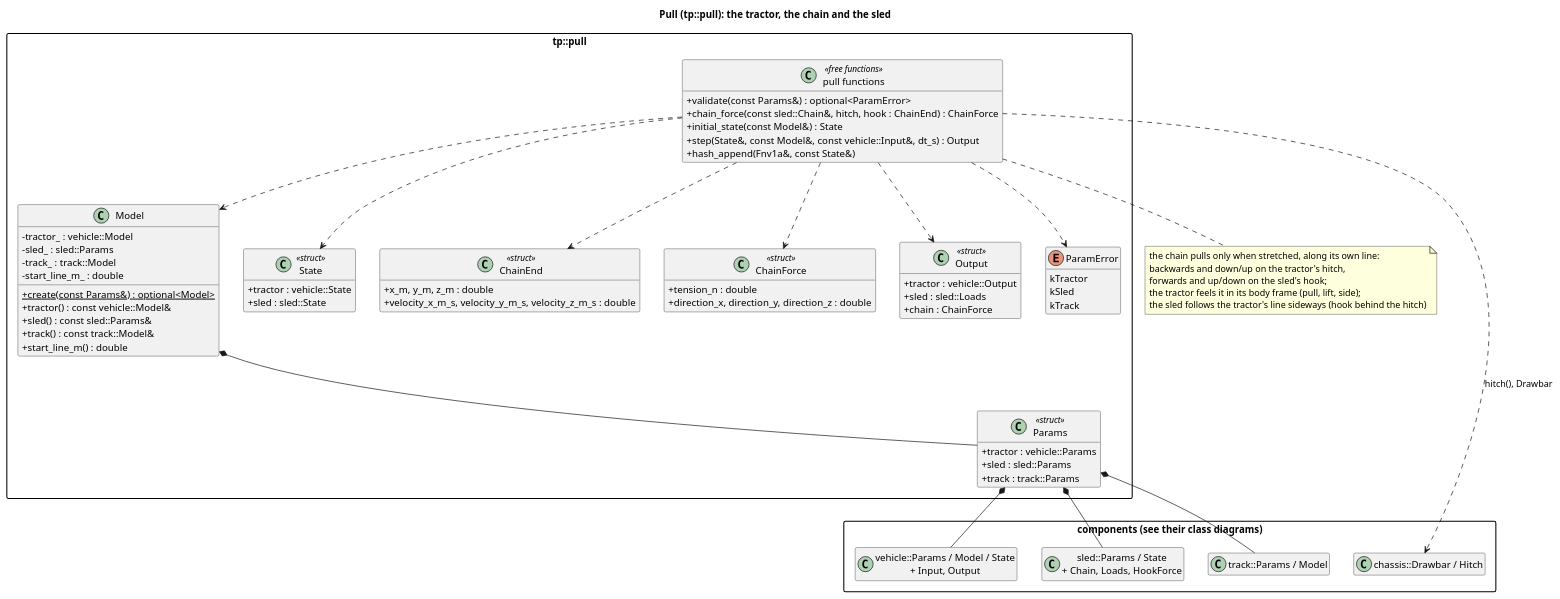
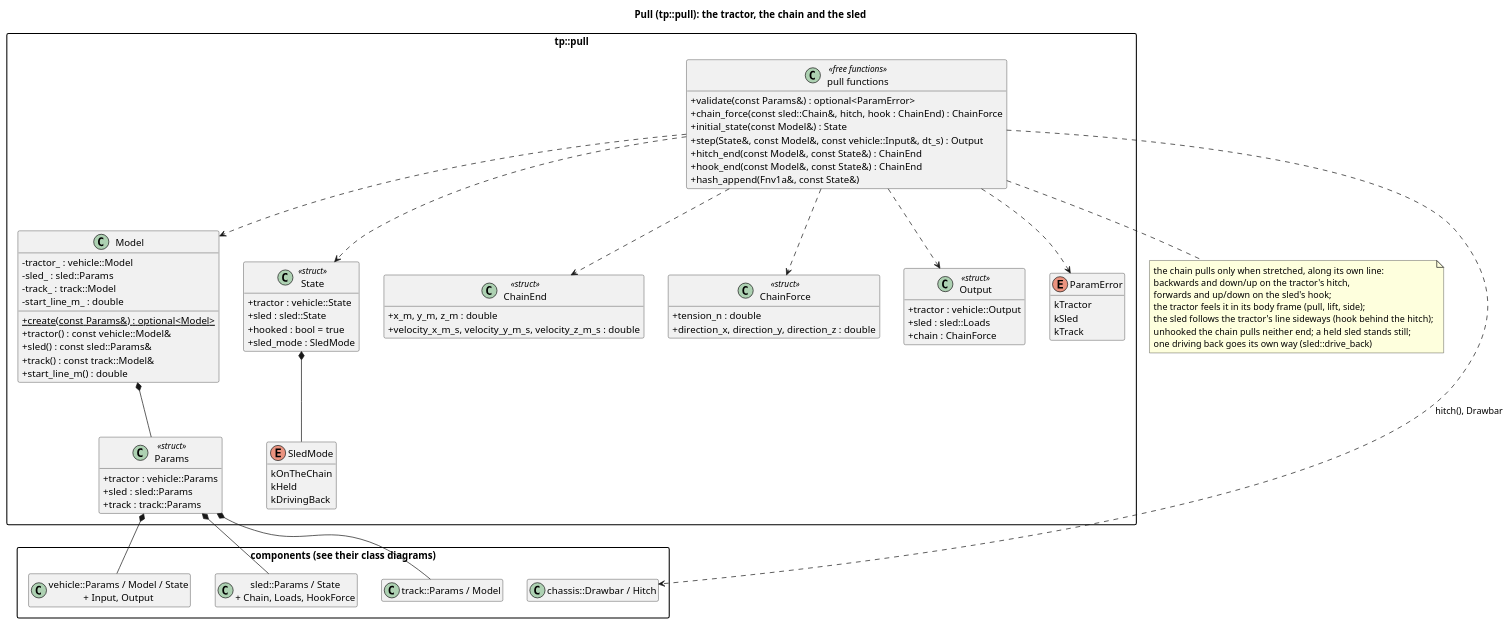
The diagram in docs/diagrams/pull_classes.puml (wversteeg/TractorPulling), drawn with PlantUML before and after one commit. The commit also changed 37 other files, not shown here.

First line of the commit message:
Turn: the binding, docs and diagrams

```diff
--- a/docs/diagrams/pull_classes.puml
+++ b/docs/diagrams/pull_classes.puml
@@ -1,79 +1,91 @@
 @startuml pull_classes
 title Pull (tp::pull): the tractor, the chain and the sled
 hide empty members
 skinparam packageStyle rectangle
 skinparam classAttributeIconSize 0
 
 package "components (see their class diagrams)" {
   class "vehicle::Params / Model / State\n+ Input, Output" as Vehicle
   class "sled::Params / State\n+ Chain, Loads, HookForce" as Sled
   class "chassis::Drawbar / Hitch" as Chassis
   class "track::Params / Model" as Track
 }
 
 package "tp::pull" {
   class Params <<struct>> {
     +tractor : vehicle::Params
     +sled : sled::Params
     +track : track::Params
   }
   class Model {
     -tractor_ : vehicle::Model
     -sled_ : sled::Params
     -track_ : track::Model
     -start_line_m_ : double
     +{static} create(const Params&) : optional<Model>
     +tractor() : const vehicle::Model&
     +sled() : const sled::Params&
     +track() : const track::Model&
     +start_line_m() : double
   }
   class State <<struct>> {
     +tractor : vehicle::State
     +sled : sled::State
+    +hooked : bool = true
+    +sled_mode : SledMode
+  }
+  enum SledMode {
+    kOnTheChain
+    kHeld
+    kDrivingBack
   }
   class ChainEnd <<struct>> {
     +x_m, y_m, z_m : double
     +velocity_x_m_s, velocity_y_m_s, velocity_z_m_s : double
   }
   class ChainForce <<struct>> {
     +tension_n : double
     +direction_x, direction_y, direction_z : double
   }
   class Output <<struct>> {
     +tractor : vehicle::Output
     +sled : sled::Loads
     +chain : ChainForce
   }
   enum ParamError {
     kTractor
     kSled
     kTrack
   }
   class "pull functions" as PullFns <<free functions>> {
     +validate(const Params&) : optional<ParamError>
     +chain_force(const sled::Chain&, hitch, hook : ChainEnd) : ChainForce
     +initial_state(const Model&) : State
     +step(State&, const Model&, const vehicle::Input&, dt_s) : Output
+    +hitch_end(const Model&, const State&) : ChainEnd
+    +hook_end(const Model&, const State&) : ChainEnd
     +hash_append(Fnv1a&, const State&)
   }
   Model *-- Params
+  State *-- SledMode
   PullFns ..> Model
   PullFns ..> State
   PullFns ..> ChainEnd
   PullFns ..> ChainForce
   PullFns ..> Output
   PullFns ..> ParamError
 }
 Params *-- Vehicle
 Params *-- Sled
 Params *-- Track
 PullFns ..> Chassis : hitch(), Drawbar
 note bottom of PullFns
   the chain pulls only when stretched, along its own line:
   backwards and down/up on the tractor's hitch,
   forwards and up/down on the sled's hook;
   the tractor feels it in its body frame (pull, lift, side);
-  the sled follows the tractor's line sideways (hook behind the hitch)
+  the sled follows the tractor's line sideways (hook behind the hitch);
+  unhooked the chain pulls neither end; a held sled stands still;
+  one driving back goes its own way (sled::drive_back)
 end note
 @enduml
```
